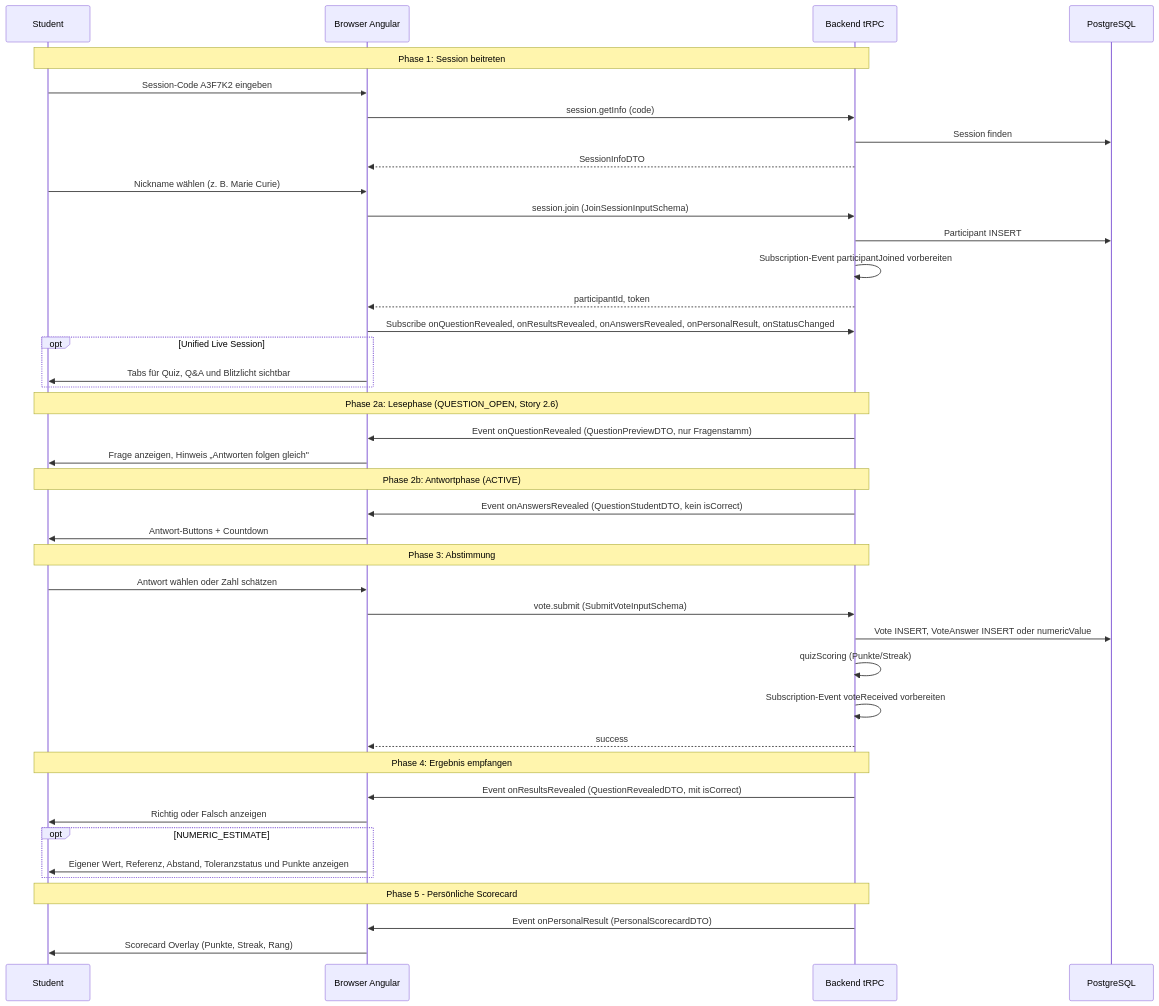
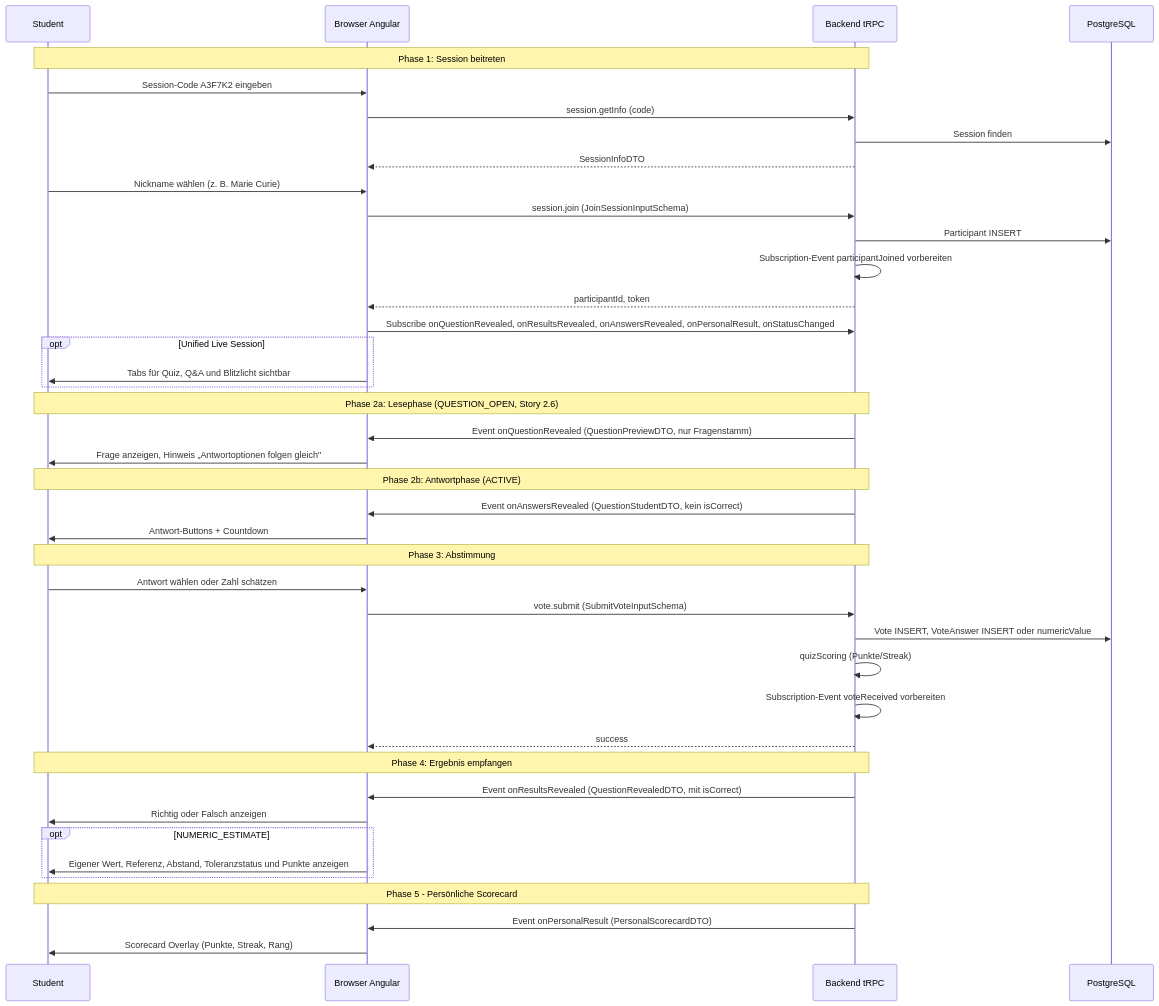
One commit to kqc-real/arsnova.eu changed diagram 13 of 19 in docs/diagrams/diagrams.md. Above: the diagram before and after it, drawn with Mermaid. The commit also changed 18 other files, not shown here.

````diff
--- a/docs/diagrams/diagrams.md
+++ b/docs/diagrams/diagrams.md
@@ -748,49 +748,49 @@
 ```mermaid
 sequenceDiagram
     participant S as Student
     participant FE as Browser Angular
     participant BE as Backend tRPC
     participant PG as PostgreSQL
 
     Note over S,BE: Phase 1: Session beitreten
     S->>FE: Session-Code A3F7K2 eingeben
     FE->>BE: session.getInfo (code)
     BE->>PG: Session finden
     BE-->>FE: SessionInfoDTO
     S->>FE: Nickname wählen (z. B. Marie Curie)
     FE->>BE: session.join (JoinSessionInputSchema)
     BE->>PG: Participant INSERT
     BE->>BE: Subscription-Event participantJoined vorbereiten
     BE-->>FE: participantId, token
     FE->>BE: Subscribe onQuestionRevealed, onResultsRevealed, onAnswersRevealed, onPersonalResult, onStatusChanged
     opt Unified Live Session
         FE->>S: Tabs für Quiz, Q&A und Blitzlicht sichtbar
     end
 
     Note over S,BE: Phase 2a: Lesephase (QUESTION_OPEN, Story 2.6)
     BE->>FE: Event onQuestionRevealed (QuestionPreviewDTO, nur Fragenstamm)
-    FE->>S: Frage anzeigen, Hinweis „Antworten folgen gleich"
+    FE->>S: Frage anzeigen, Hinweis „Antwortoptionen folgen gleich"
 
     Note over S,BE: Phase 2b: Antwortphase (ACTIVE)
     BE->>FE: Event onAnswersRevealed (QuestionStudentDTO, kein isCorrect)
     FE->>S: Antwort-Buttons + Countdown
 
     Note over S,BE: Phase 3: Abstimmung
     S->>FE: Antwort wählen oder Zahl schätzen
     FE->>BE: vote.submit (SubmitVoteInputSchema)
     BE->>PG: Vote INSERT, VoteAnswer INSERT oder numericValue
     BE->>BE: quizScoring (Punkte/Streak)
     BE->>BE: Subscription-Event voteReceived vorbereiten
     BE-->>FE: success
 
     Note over S,BE: Phase 4: Ergebnis empfangen
     BE->>FE: Event onResultsRevealed (QuestionRevealedDTO, mit isCorrect)
     FE->>S: Richtig oder Falsch anzeigen
     opt NUMERIC_ESTIMATE
         FE->>S: Eigener Wert, Referenz, Abstand, Toleranzstatus und Punkte anzeigen
     end
 
     Note over S,BE: Phase 5 - Persönliche Scorecard
     BE->>FE: Event onPersonalResult (PersonalScorecardDTO)
     FE->>S: Scorecard Overlay (Punkte, Streak, Rang)
 ```
````
